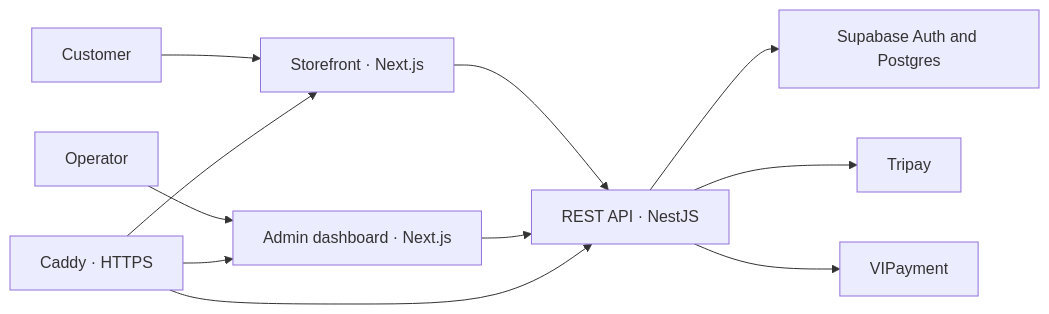
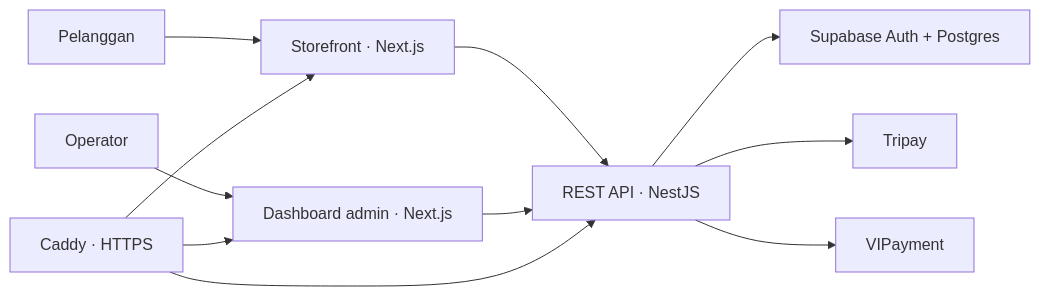
Before and after one commit to restanggun/anresstore: the diagram in README.md, drawn with Mermaid. The commit also changed other lines of this file, not shown here.

````diff
--- a/README.md
+++ b/README.md
@@ -17,13 +20,13 @@
 ```mermaid
 flowchart LR
-  Customer[Customer] --> Web[Storefront · Next.js]
-  Operator[Operator] --> Admin[Admin dashboard · Next.js]
-  Web --> API[REST API · NestJS]
-  Admin --> API
-  API --> DB[Supabase Auth and Postgres]
-  API --> Pay[Tripay]
-  API --> Supply[VIPayment]
-  Edge[Caddy · HTTPS] --> Web
-  Edge --> Admin
-  Edge --> API
+    Customer["Pelanggan"] --> Web["Storefront · Next.js"]
+    Operator["Operator"] --> Admin["Dashboard admin · Next.js"]
+    Web --> API["REST API · NestJS"]
+    Admin --> API
+    API --> Supabase["Supabase Auth + Postgres"]
+    API --> Tripay["Tripay"]
+    API --> VIPayment["VIPayment"]
+    Edge["Caddy · HTTPS"] --> Web
+    Edge --> Admin
+    Edge --> API
 ```
````
